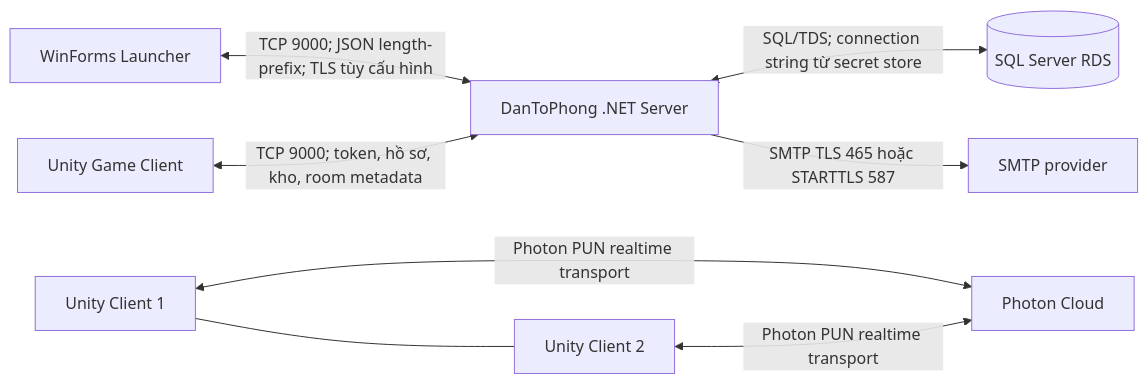
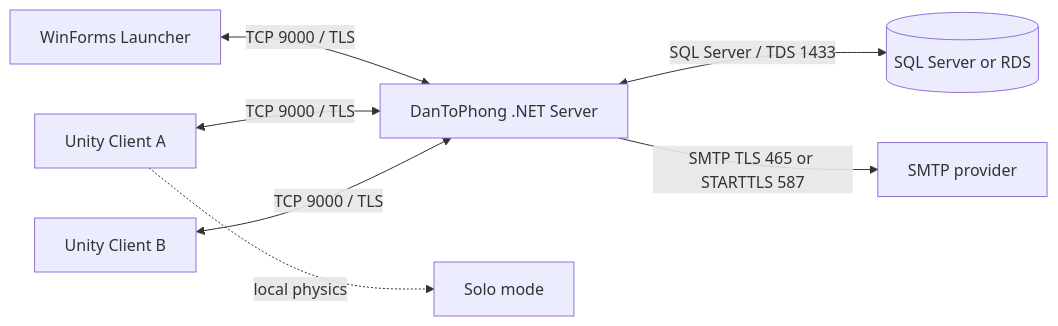
Before and after one commit to thanhnhi8769-ctrl/DanToPhong: the diagram in docs/architecture.md, drawn with Mermaid. The commit also changed other lines of this file and 1840 other files, not shown here.

````diff
--- a/docs/architecture.md
+++ b/docs/architecture.md
@@ -5,10 +5,9 @@
 ```mermaid
 flowchart LR
-    L[WinForms Launcher] <-->|TCP 9000; JSON length-prefix; TLS tùy cấu hình| S[DanToPhong .NET Server]
-    G[Unity Game Client] <-->|TCP 9000; token, hồ sơ, kho, room metadata| S
-    S <-->|SQL/TDS; connection string từ secret store| DB[(SQL Server RDS)]
-    S -->|SMTP TLS 465 hoặc STARTTLS 587| M[SMTP provider]
-    G1[Unity Client 1] <-->|Photon PUN realtime transport| P[Photon Cloud]
-    G2[Unity Client 2] <-->|Photon PUN realtime transport| P
-    G1 --- G2
+    L[WinForms Launcher] <-->|TCP 9000 / TLS| S[DanToPhong .NET Server]
+    G1[Unity Client A] <-->|TCP 9000 / TLS| S
+    G2[Unity Client B] <-->|TCP 9000 / TLS| S
+    S <-->|SQL Server / TDS 1433| DB[(SQL Server or RDS)]
+    S -->|SMTP TLS 465 or STARTTLS 587| M[SMTP provider]
+    G1 -. local physics .-> Solo[Solo mode]
 ```
````
